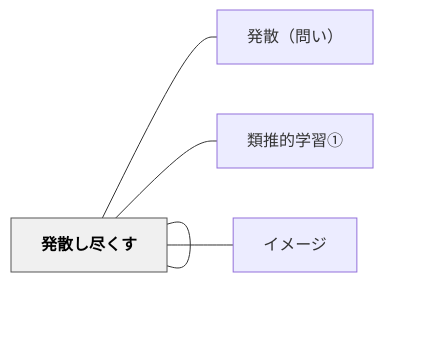
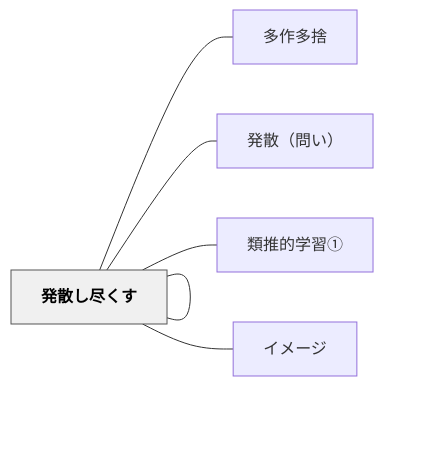
One commit to unknownthings-ed-patterns/unknownthings-ed-patterns changed the diagram in content/パタン/発散し尽くす.md. Above: the diagram before and after it, drawn with Mermaid. The commit also changed other lines of this file and 185 other files, not shown here.

````diff
--- a/content/パタン/発散し尽くす.md
+++ b/content/パタン/発散し尽くす.md
@@ -89,16 +90,18 @@
 ```mermaid
 flowchart LR
     ne799bae695a3e38197e5b0bde3818fe38199["発散し尽くす"]
+    ne5a49ae4bd9ce5a49ae68da8["多作多捨"]
     ne799bae695a3efbc88e5958fe38184efbc89["発散（問い）"]
     ne9a19ee68ea8e79a84e5ada6e7bf92e291a0["類推的学習①"]
     ne382a4e383a1e383bce382b8["イメージ"]
     ne799bae695a3e38197e5b0bde3818fe38199["発散し尽くす"]
 
+    ne799bae695a3e38197e5b0bde3818fe38199 --- ne5a49ae4bd9ce5a49ae68da8
     ne799bae695a3e38197e5b0bde3818fe38199 --- ne799bae695a3efbc88e5958fe38184efbc89
     ne799bae695a3e38197e5b0bde3818fe38199 --- ne9a19ee68ea8e79a84e5ada6e7bf92e291a0
     ne799bae695a3e38197e5b0bde3818fe38199 --- ne382a4e383a1e383bce382b8
     ne799bae695a3e38197e5b0bde3818fe38199 --- ne799bae695a3e38197e5b0bde3818fe38199
 
     classDef hub fill:#f0f0f0,stroke:#555,color:#000,font-weight:bold
     class ne799bae695a3e38197e5b0bde3818fe38199 hub
 ```
````
